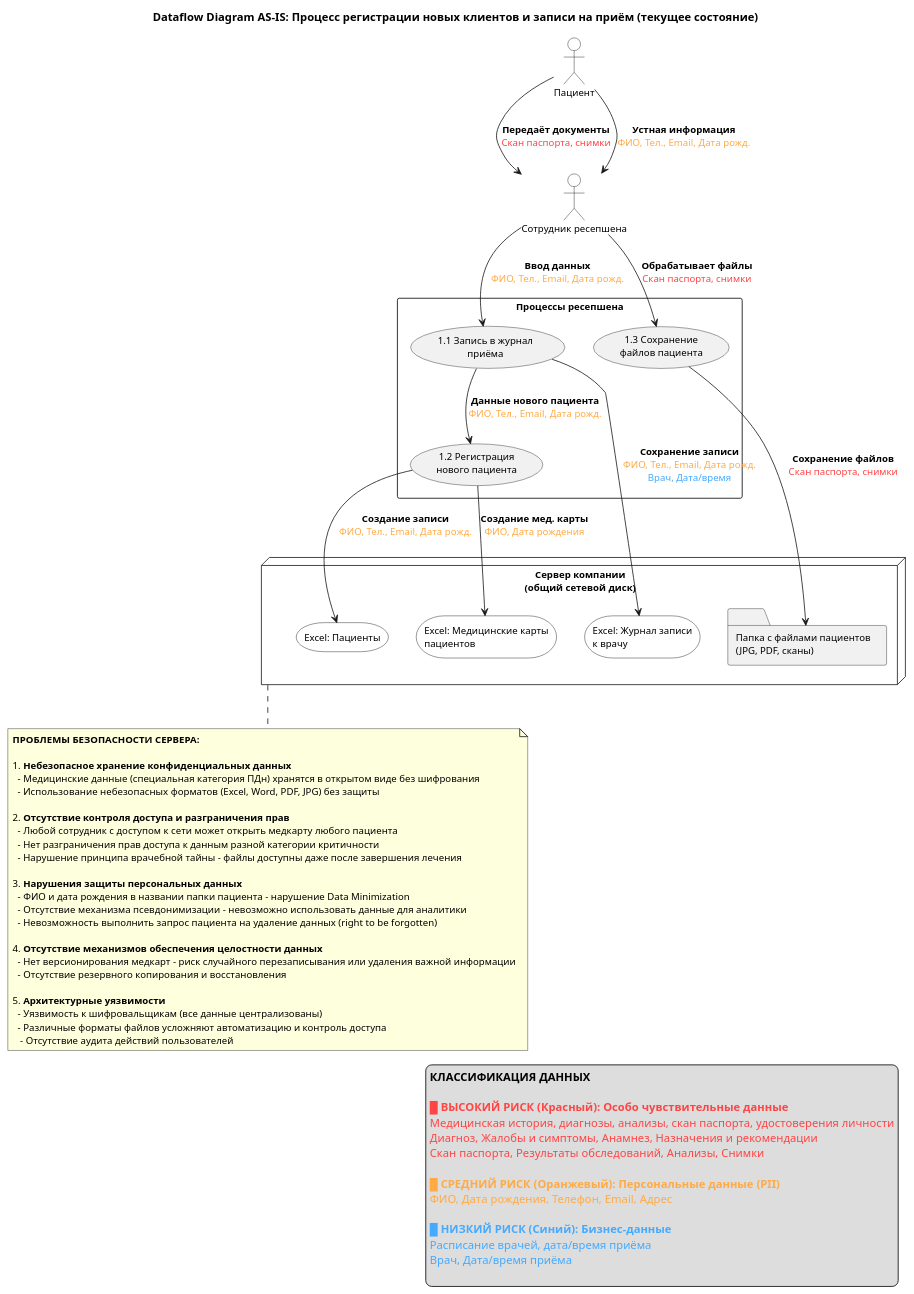
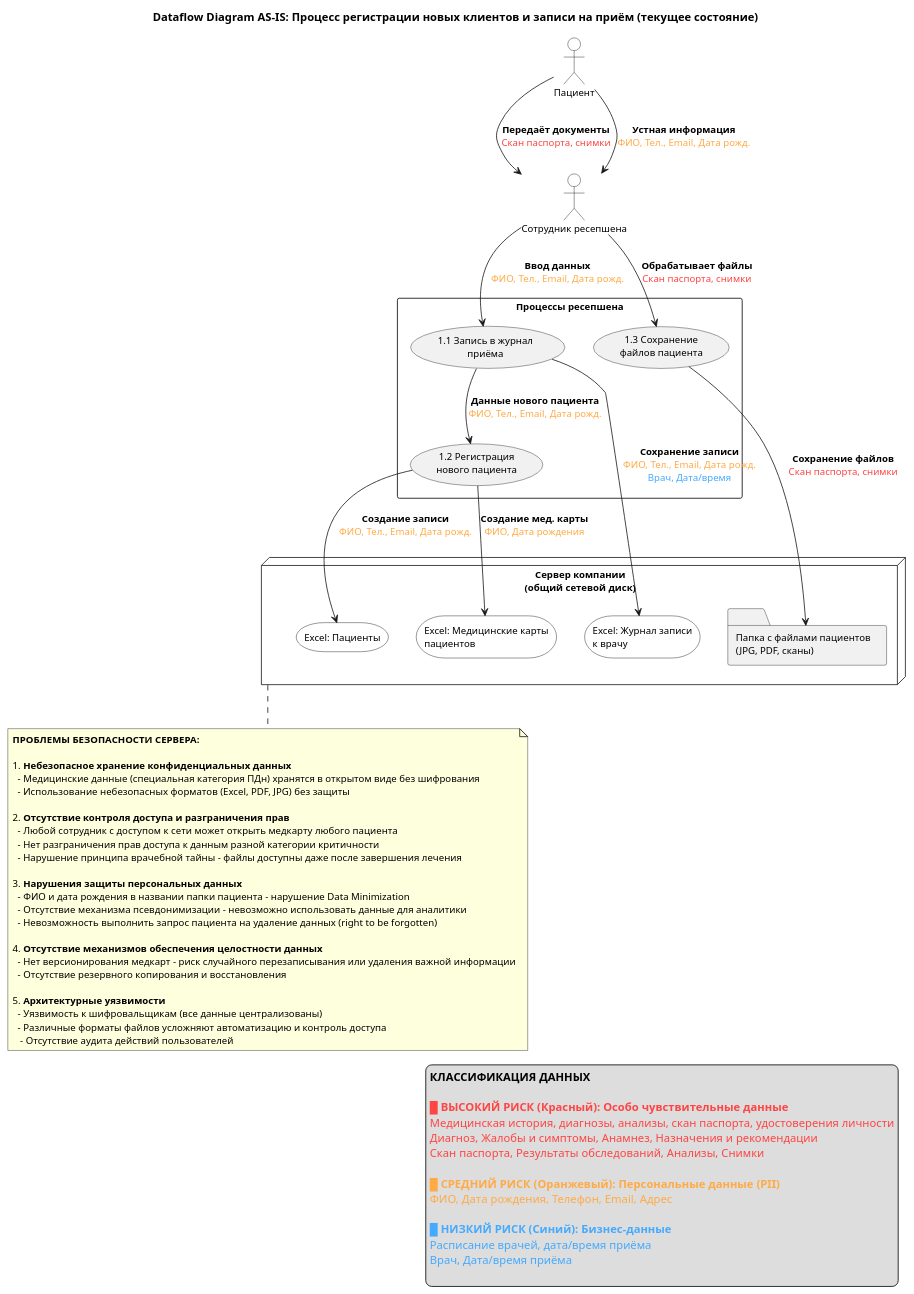
The diagram in Task1/1. Запись на приём AS-IS.puml (alexanderbondarchuk/architecture-sprint-10-medikamente), drawn with PlantUML before and after one commit. The commit also changed 20 other files, not shown here.

```diff
--- a/Task1/1. Запись на приём AS-IS.puml
+++ b/Task1/1. Запись на приём AS-IS.puml
@@ -1,103 +1,103 @@
 @startuml Patient registration AS-IS
 title Dataflow Diagram AS-IS: Процесс регистрации новых клиентов и записи на приём (текущее состояние)
 
 skinparam defaultFontName Arial
 skinparam defaultFontSize 12
 skinparam rectangle {
   BackgroundColor White
   BorderColor Black
 }
 skinparam storage {
   BackgroundColor White
   BorderColor Black
 }
 skinparam actor {
   BackgroundColor White
   BorderColor Black
 }
 
 ' === ОСНОВНЫЕ СУЩНОСТИ ===
 actor "Пациент" as patient
 actor "Сотрудник ресепшена" as reception
 
 ' === ПРОЦЕССЫ ===
 rectangle "Процессы ресепшена" as processes {
   usecase "1.1 Запись в журнал\nприёма" as P1
   usecase "1.2 Регистрация\nнового пациента" as P2
   usecase "1.3 Сохранение\nфайлов пациента" as P3
 }
 
 ' === СЕРВЕР ХРАНЕНИЯ ===
 node "Сервер компании\n(общий сетевой диск)" as server {
   storage "Excel: Журнал записи\nк врачу" as journal
   storage "Excel: Пациенты" as patients_db
   storage "Excel: Медицинские карты\nпациентов" as medical_records
   folder "Папка с файлами пациентов\n(JPG, PDF, сканы)" as files_store
 }
 
 ' === ПОТОКИ ДАННЫХ ===
 ' Поток 1: Устная информация для записи
 patient --> reception : **Устная информация**\n<color:#FFAA44>ФИО, Тел., Email, Дата рожд.</color>
 
 reception --> P1 : **Ввод данных**\n<color:#FFAA44>ФИО, Тел., Email, Дата рожд.</color>
 P1 --> journal : **Сохранение записи**\n<color:#FFAA44>ФИО, Тел., Email, Дата рожд.</color>\n<color:#44AAFF>Врач, Дата/время</color>
 
 P1 --> P2 : **Данные нового пациента**\n<color:#FFAA44>ФИО, Тел., Email, Дата рожд.</color>
 P2 --> patients_db : **Создание записи**\n<color:#FFAA44>ФИО, Тел., Email, Дата рожд.</color>
 
 ' Поток 2: Создание медицинской карты
 P2 --> medical_records : **Создание мед. карты**\n<color:#FFAA44>ФИО, Дата рождения</color>
 
 ' Поток 3: Физические документы
 patient -> reception : **Передаёт документы**\n<color:#FF4444>Скан паспорта, снимки</color>
 
 reception --> P3 : **Обрабатывает файлы**\n<color:#FF4444>Скан паспорта, снимки</color>
 P3 --> files_store : **Сохранение файлов**\n<color:#FF4444>Скан паспорта, снимки</color>
 
 ' === ЛЕГЕНДА КЛАССИФИКАЦИИ ДАННЫХ ===
 legend right
   <b>КЛАССИФИКАЦИЯ ДАННЫХ</b>
   
   <color:#FF4444><b>█ ВЫСОКИЙ РИСК (Красный): Особо чувствительные данные</b></color>
   <color:#FF4444>Медицинская история, диагнозы, анализы, скан паспорта, удостоверения личности</color>
   <color:#FF4444>Диагноз, Жалобы и симптомы, Анамнез, Назначения и рекомендации</color>
   <color:#FF4444>Скан паспорта, Результаты обследований, Анализы, Снимки</color>
 
   <color:#FFAA44><b>█ СРЕДНИЙ РИСК (Оранжевый): Персональные данные (PII)</b></color>
   <color:#FFAA44>ФИО, Дата рождения, Телефон, Email, Адрес</color>
 
   <color:#44AAFF><b>█ НИЗКИЙ РИСК (Синий): Бизнес-данные</b></color>
   <color:#44AAFF>Расписание врачей, дата/время приёма</color>
   <color:#44AAFF>Врач, Дата/время приёма</color>
 
 end legend
 
 ' === СПИСОК ПРОБЛЕМ БЕЗОПАСНОСТИ ===
 note bottom of server
   <b>ПРОБЛЕМЫ БЕЗОПАСНОСТИ СЕРВЕРА:</b>
 
   1. **Небезопасное хранение конфиденциальных данных**
     - Медицинские данные (специальная категория ПДн) хранятся в открытом виде без шифрования
-    - Использование небезопасных форматов (Excel, Word, PDF, JPG) без защиты
+    - Использование небезопасных форматов (Excel, PDF, JPG) без защиты
 
   2. **Отсутствие контроля доступа и разграничения прав**
     - Любой сотрудник с доступом к сети может открыть медкарту любого пациента
     - Нет разграничения прав доступа к данным разной категории критичности
     - Нарушение принципа врачебной тайны - файлы доступны даже после завершения лечения
 
   3. **Нарушения защиты персональных данных**
     - ФИО и дата рождения в названии папки пациента - нарушение Data Minimization
     - Отсутствие механизма псевдонимизации - невозможно использовать данные для аналитики
     - Невозможность выполнить запрос пациента на удаление данных (right to be forgotten)
 
   4. **Отсутствие механизмов обеспечения целостности данных**
     - Нет версионирования медкарт - риск случайного перезаписывания или удаления важной информации
     - Отсутствие резервного копирования и восстановления
 
   5. **Архитектурные уязвимости**
     - Уязвимость к шифровальщикам (все данные централизованы)
     - Различные форматы файлов усложняют автоматизацию и контроль доступа
      - Отсутствие аудита действий пользователей
 end note
 
 @enduml
```
